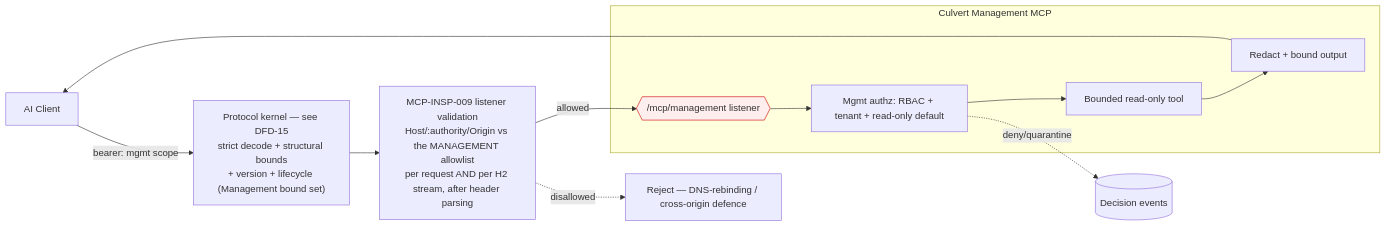
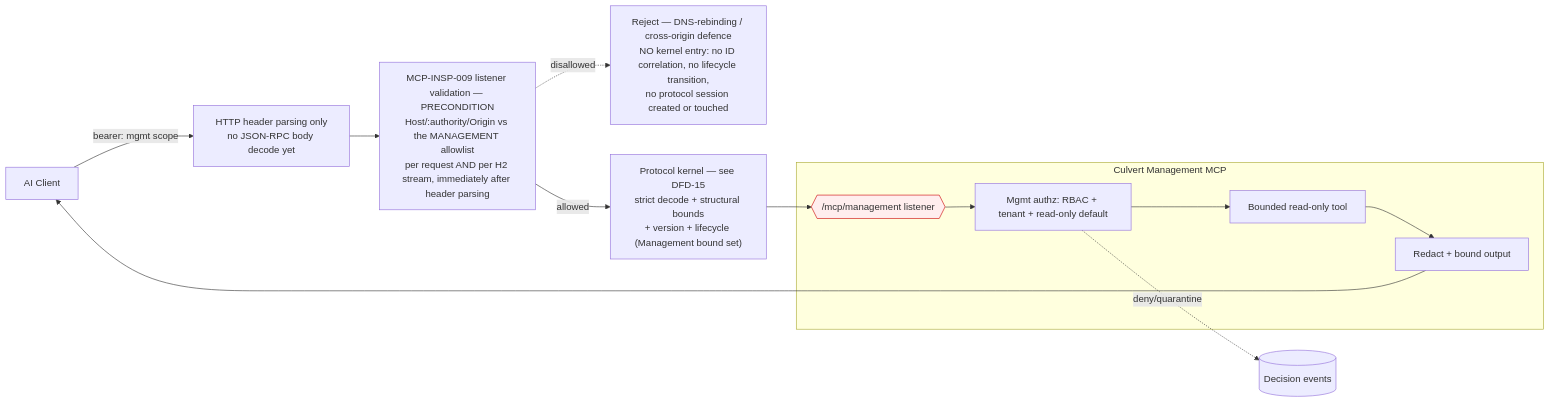
The first of 15 diagrams in docs/design/mcp/DATA-FLOW-DIAGRAMS.md (KidCarmi/Culvert), drawn with Mermaid before and after one commit. The commit also changed other lines of this file and 4 other files, not shown here.

````diff
--- a/docs/design/mcp/DATA-FLOW-DIAGRAMS.md
+++ b/docs/design/mcp/DATA-FLOW-DIAGRAMS.md
@@ -20,16 +20,17 @@
 ```mermaid
 flowchart LR
-  AC[AI Client] -- bearer: mgmt scope --> K15["Protocol kernel — see DFD-15<br/>strict decode + structural bounds<br/>+ version + lifecycle (Management bound set)"]
-  K15 --> HV1["MCP-INSP-009 listener validation<br/>Host/:authority/Origin vs the MANAGEMENT allowlist<br/>per request AND per H2 stream, after header parsing"]
-  HV1 -->|allowed| L1{{/mcp/management listener}}
-  HV1 -.disallowed.-> HVX1[Reject — DNS-rebinding / cross-origin defence]
+  AC[AI Client] -- bearer: mgmt scope --> HDR1["HTTP header parsing only<br/>no JSON-RPC body decode yet"]
+  HDR1 --> HV1["MCP-INSP-009 listener validation — PRECONDITION<br/>Host/:authority/Origin vs the MANAGEMENT allowlist<br/>per request AND per H2 stream, immediately after header parsing"]
+  HV1 -.disallowed.-> HVX1["Reject — DNS-rebinding / cross-origin defence<br/>NO kernel entry: no ID correlation, no lifecycle transition,<br/>no protocol session created or touched"]
+  HV1 -->|allowed| K15["Protocol kernel — see DFD-15<br/>strict decode + structural bounds<br/>+ version + lifecycle (Management bound set)"]
+  K15 --> L1{{/mcp/management listener}}
   subgraph Culvert Management MCP
     L1 --> AZ[Mgmt authz: RBAC + tenant + read-only default]
     AZ --> RO[Bounded read-only tool]
     RO --> RED[Redact + bound output]
   end
   RED --> AC
   AZ -. deny/quarantine .-> EV[(Decision events)]
   classDef tb fill:#fee,stroke:#c00;
   class L1 tb
 ```
````
